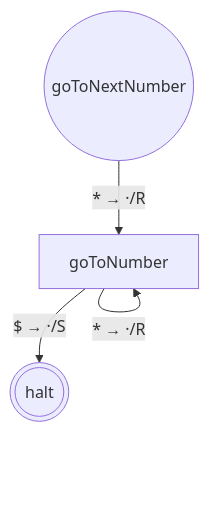
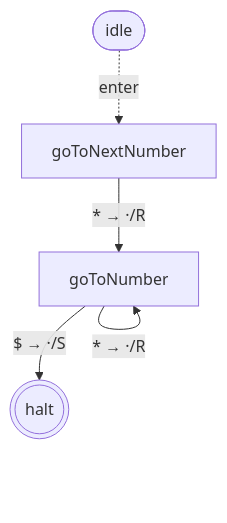
Before and after one commit to mellonis/turing-machine-js: the second of 10 diagrams in packages/library-binary-numbers/states.md, drawn with Mermaid. The commit also changed other lines of this file and 5 other files, not shown here.

````diff
--- a/packages/library-binary-numbers/states.md
+++ b/packages/library-binary-numbers/states.md
@@ -20,10 +22,12 @@
 ```mermaid
 flowchart TD
 %% alphabets: [[" ","^","$","0","1"]]
   s0(((halt)))
   s1["goToNumber"]
-  s2(("goToNextNumber"))
+  s2["goToNextNumber"]
+  idle([idle])
+  idle -. enter .-> s2
   s1 -- "$ → ·/S" --> s0
   s1 -- "* → ·/R" --> s1
   s2 -- "* → ·/R" --> s1
 ```
````
